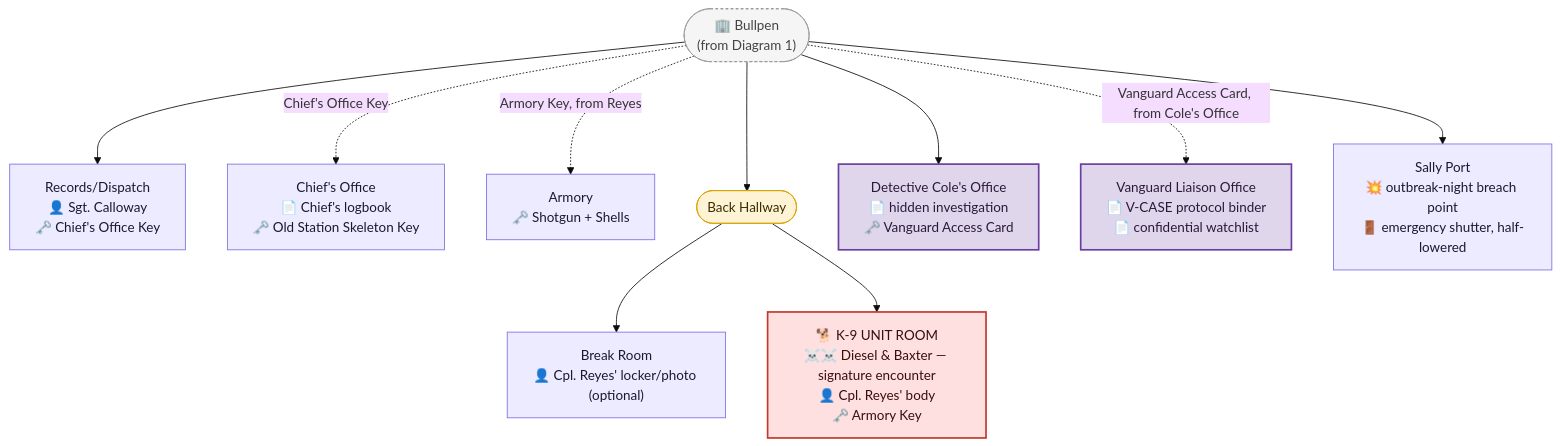
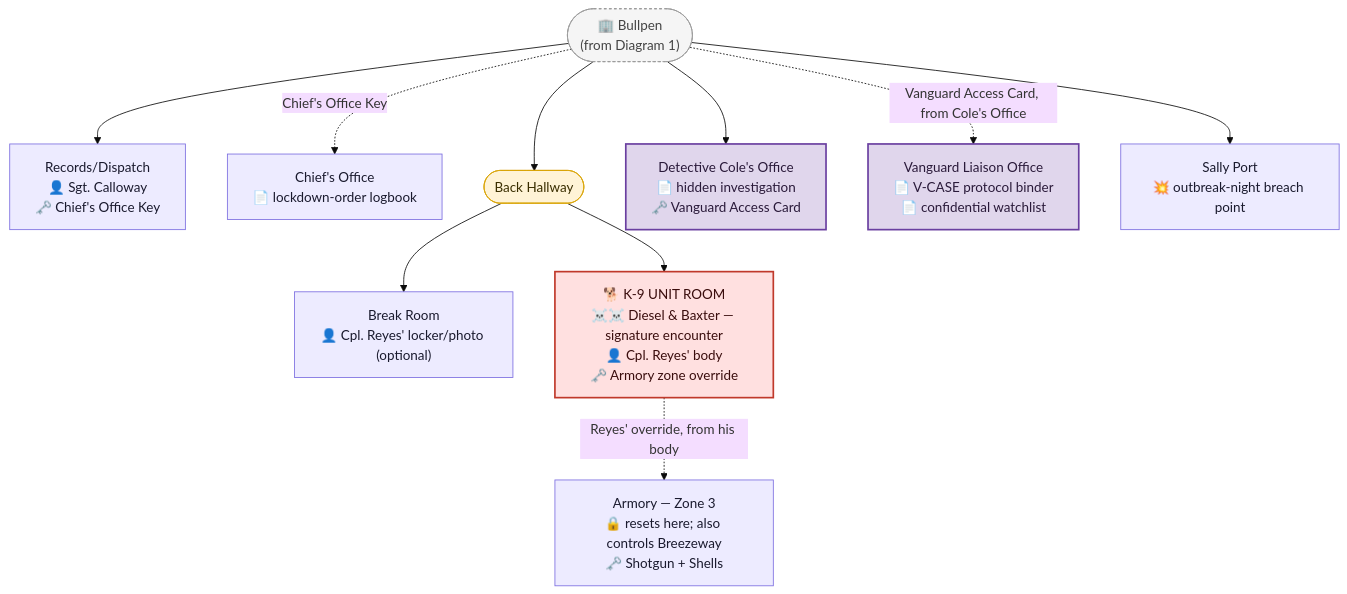
The second of 6 diagrams in DESIGN/Locations/Police_Station.md (GIToez/Deadlock-Design), drawn with Mermaid (base theme) before and after one commit. The commit also changed other lines of this file and 6 other files, not shown here.

````diff
--- a/DESIGN/Locations/Police_Station.md
+++ b/DESIGN/Locations/Police_Station.md
@@ -542,34 +371,34 @@
 ```mermaid
 flowchart TD
     BULLPENREF(["🏢 Bullpen<br/>(from Diagram 1)"])
     DISPATCH["Records/Dispatch<br/>👤 Sgt. Calloway<br/>🗝️ Chief's Office Key"]
-    CHIEF["Chief's Office<br/>📄 Chief's logbook<br/>🗝️ Old Station Skeleton Key"]
+    CHIEF["Chief's Office<br/>📄 lockdown-order logbook"]
     BREAK["Break Room<br/>👤 Cpl. Reyes' locker/photo (optional)"]
-    K9ROOM["🐕 K-9 UNIT ROOM<br/>☠️☠️ Diesel & Baxter — signature encounter<br/>👤 Cpl. Reyes' body<br/>🗝️ Armory Key"]
-    ARMORY["Armory<br/>🗝️ Shotgun + Shells"]
+    K9ROOM["🐕 K-9 UNIT ROOM<br/>☠️☠️ Diesel & Baxter — signature encounter<br/>👤 Cpl. Reyes' body<br/>🗝️ Armory zone override"]
+    ARMORY["Armory — Zone 3<br/>🔒 resets here; also controls Breezeway<br/>🗝️ Shotgun + Shells"]
     BACKHALL(["Back Hallway"])
     COLE["Detective Cole's Office<br/>📄 hidden investigation<br/>🗝️ Vanguard Access Card"]
     VLIAISON["Vanguard Liaison Office<br/>📄 V-CASE protocol binder<br/>📄 confidential watchlist"]
-    SALLYPORT["Sally Port<br/>💥 outbreak-night breach point<br/>🚪 emergency shutter, half-lowered"]
+    SALLYPORT["Sally Port<br/>💥 outbreak-night breach point"]
 
     BULLPENREF --> DISPATCH
     BULLPENREF -. Chief's Office Key .-> CHIEF
     BULLPENREF --> BACKHALL
     BACKHALL --> BREAK
     BACKHALL --> K9ROOM
-    BULLPENREF -. Armory Key, from Reyes .-> ARMORY
+    K9ROOM -. Reyes' override, from his body .-> ARMORY
     BULLPENREF --> COLE
     BULLPENREF -. Vanguard Access Card, from Cole's Office .-> VLIAISON
     BULLPENREF --> SALLYPORT
 
     classDef room fill:#EDEBFF,stroke:#7C6EE0,color:#1a1a2e
     classDef hallway fill:#FFF3D6,stroke:#D9A404,color:#3a2e00
     classDef boss fill:#FFE0E0,stroke:#C0392B,color:#3a0d0d,stroke-width:2px
     classDef ref fill:#F5F5F5,stroke:#999999,color:#444444,stroke-dasharray:3 3
     classDef vanguard fill:#E0D6EC,stroke:#6A3FA0,color:#2a1a3a,stroke-width:2px
     class BULLPENREF ref
     class BACKHALL hallway
     class DISPATCH,CHIEF,BREAK,ARMORY,SALLYPORT room
     class K9ROOM boss
     class COLE,VLIAISON vanguard
 ```
````
